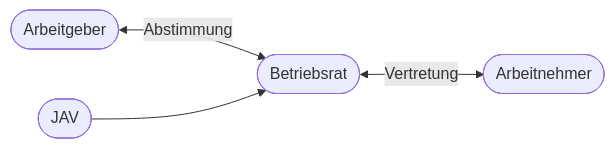
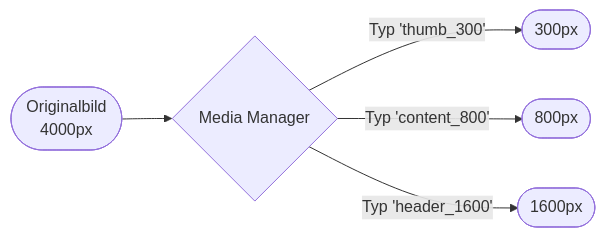
Before and after one commit to Qualidy/M5.4a-Program-CMS---Install-Konfig-FIAE-: the second of 3 diagrams in docs/content/kapitel6.md, drawn with Mermaid. The commit also changed other lines of this file and 105 other files, not shown here.

````diff
--- a/docs/content/kapitel6.md
+++ b/docs/content/kapitel6.md
@@ -68,6 +78,7 @@
 ```mermaid
 flowchart LR
-    AG([Arbeitgeber]) <-->|Abstimmung| BR([Betriebsrat])
-    BR <-->|Vertretung| AN([Arbeitnehmer])
-    JAV([JAV]) --> BR
+    Orig([Originalbild<br/>4000px]) --> MM{Media Manager}
+    MM -->|Typ 'thumb_300'| T([300px])
+    MM -->|Typ 'content_800'| C([800px])
+    MM -->|Typ 'header_1600'| H([1600px])
 ```
````
